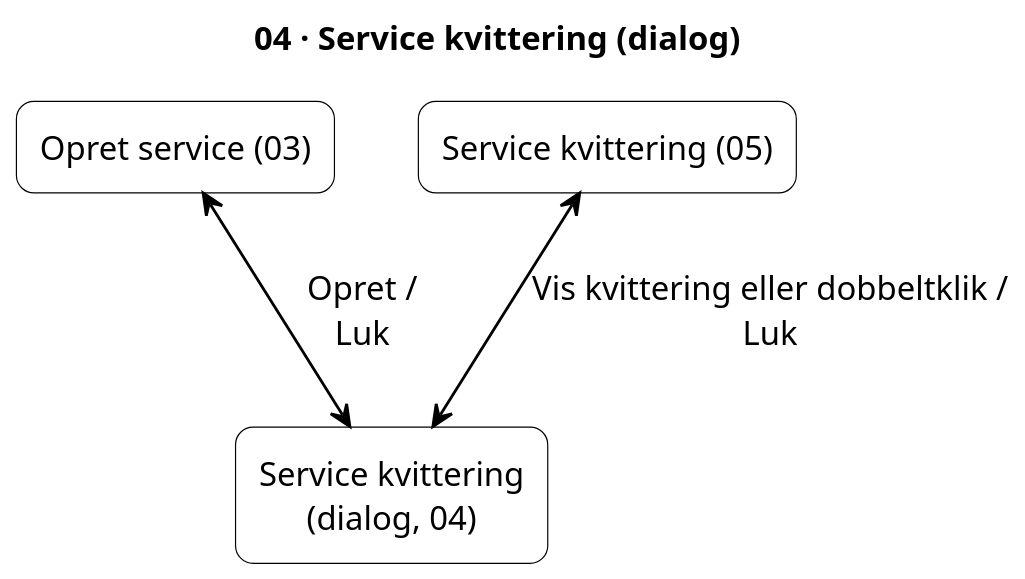
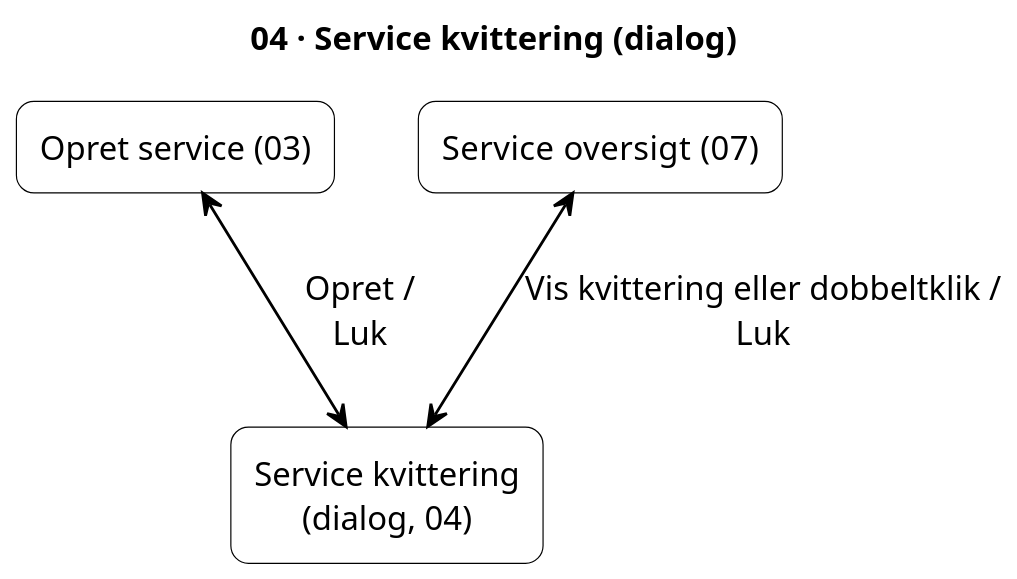
The diagram in 8. Navigations Diagram/04_service_kvittering_dialog.puml (Zoabz/Getting-Real), drawn with PlantUML before and after one commit. The commit also changed 19 other files, not shown here.

```diff
--- a/8. Navigations Diagram/04_service_kvittering_dialog.puml
+++ b/8. Navigations Diagram/04_service_kvittering_dialog.puml
@@ -2,21 +2,21 @@
 @startuml
 title 04 · Service kvittering (dialog)
 skinparam shadowing false
 skinparam dpi 150
 skinparam defaultTextAlignment center
 skinparam defaultFontSize 14
 skinparam ArrowColor black
 skinparam ArrowThickness 1.2
 skinparam rectangle {
   BackgroundColor white
   BorderColor black
   RoundCorner 15
 }
 
 rectangle "Opret service (03)" as P03
-rectangle "Service kvittering (05)" as P05
+rectangle "Service oversigt  (07)" as P05
 rectangle "Service kvittering\n(dialog, 04)" as D04
 
 P03 <--> D04 : Opret /\nLuk
 P05 <--> D04 : Vis kvittering eller dobbeltklik /\nLuk
 @enduml
```
